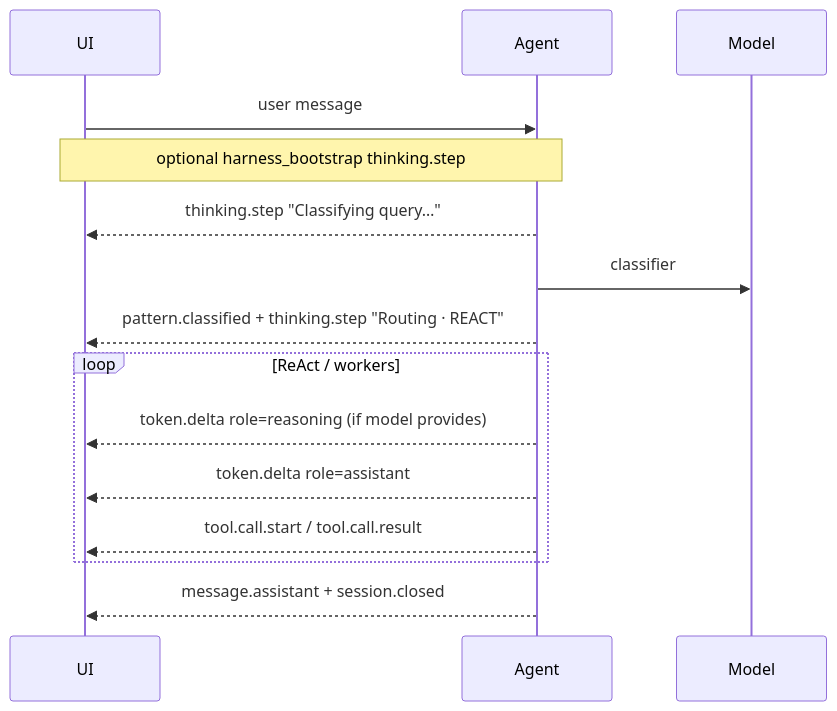
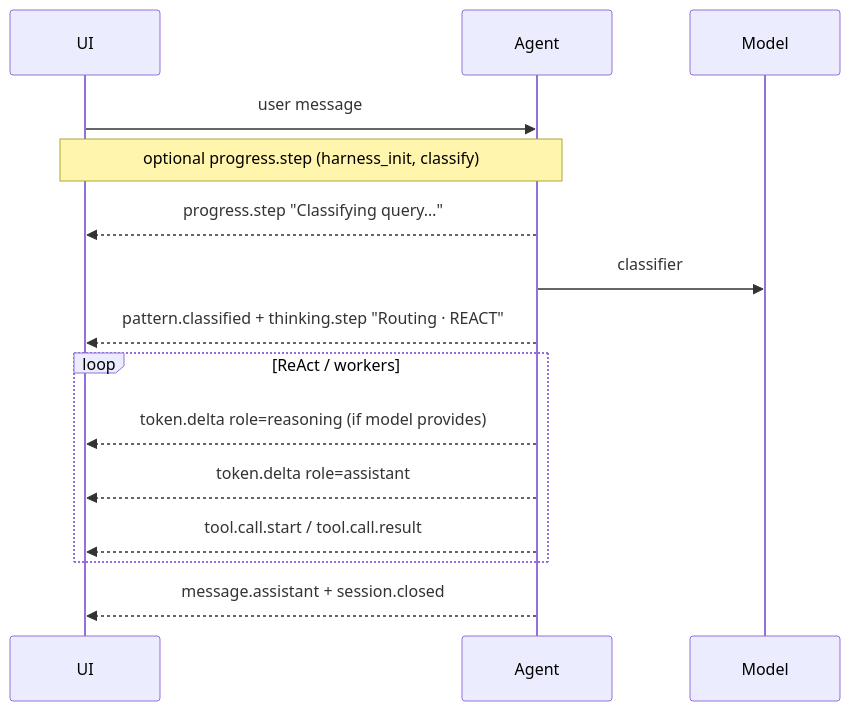
Before and after one commit to HELLOMEDHIRA/agloom: the diagram in agloom/docs/features/thinking-events.md, drawn with Mermaid. The commit also changed other lines of this file and 35 other files, not shown here.

Commit message:
fixed the progress event on harness

````diff
--- a/agloom/docs/features/thinking-events.md
+++ b/agloom/docs/features/thinking-events.md
@@ -23,18 +23,18 @@
 ```mermaid
 sequenceDiagram
     participant UI
     participant Agent
     participant Model
 
     UI->>Agent: user message
-    Note over Agent,UI: optional harness_bootstrap thinking.step
-    Agent-->>UI: thinking.step "Classifying query…"
+    Note over Agent,UI: optional progress.step (harness_init, classify)
+    Agent-->>UI: progress.step "Classifying query…"
     Agent->>Model: classifier
     Agent-->>UI: pattern.classified + thinking.step "Routing · REACT"
     loop ReAct / workers
         Agent-->>UI: token.delta role=reasoning (if model provides)
         Agent-->>UI: token.delta role=assistant
         Agent-->>UI: tool.call.start / tool.call.result
     end
     Agent-->>UI: message.assistant + session.closed
 ```
````
